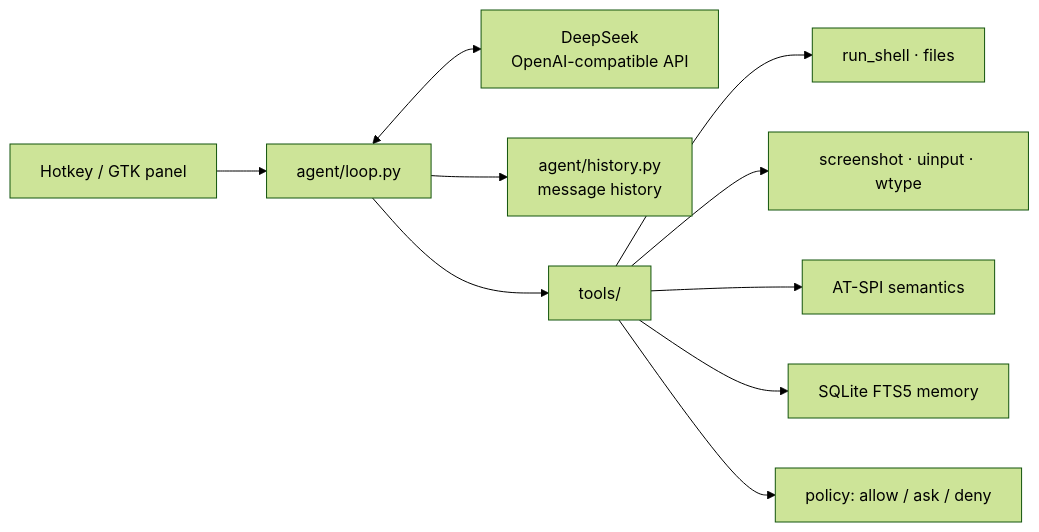
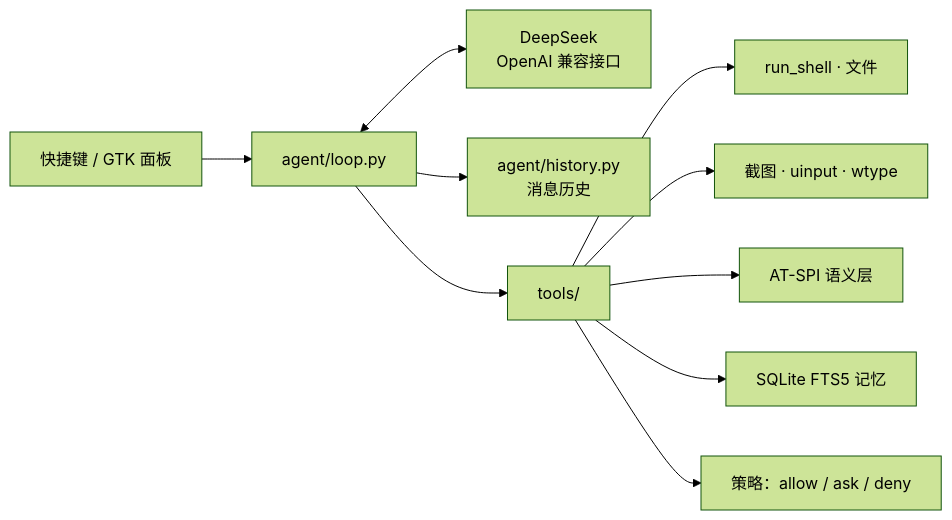
The diagram in README.md (cmdCQ/archlot), drawn with Mermaid (forest theme) before and after one commit. The commit also changed other lines of this file and 4 other files, not shown here.

````diff
--- a/README.md
+++ b/README.md
@@ -71,12 +69,12 @@
 ```mermaid
 flowchart LR
-    U["Hotkey / GTK panel"] --> A["agent/loop.py"]
-    A <--> L["DeepSeek<br/>OpenAI-compatible API"]
-    A --> H["agent/history.py<br/>message history"]
+    U["快捷键 / GTK 面板"] --> A["agent/loop.py"]
+    A <--> L["DeepSeek<br/>OpenAI 兼容接口"]
+    A --> H["agent/history.py<br/>消息历史"]
     A --> T["tools/"]
-    T --> FS["run_shell · files"]
-    T --> D["screenshot · uinput · wtype"]
-    T --> AX["AT-SPI semantics"]
-    T --> M["SQLite FTS5 memory"]
-    T --> P["policy: allow / ask / deny"]
+    T --> FS["run_shell · 文件"]
+    T --> D["截图 · uinput · wtype"]
+    T --> AX["AT-SPI 语义层"]
+    T --> M["SQLite FTS5 记忆"]
+    T --> P["策略：allow / ask / deny"]
 ```
````
